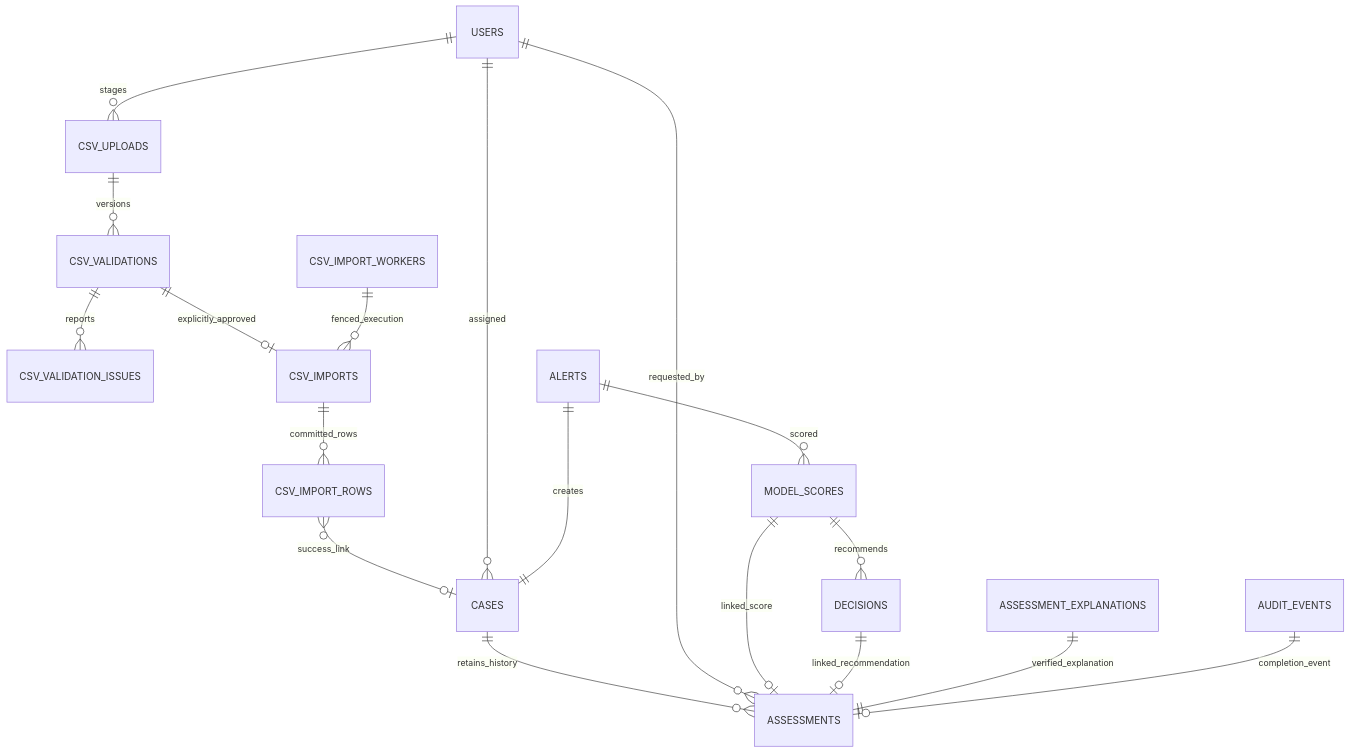
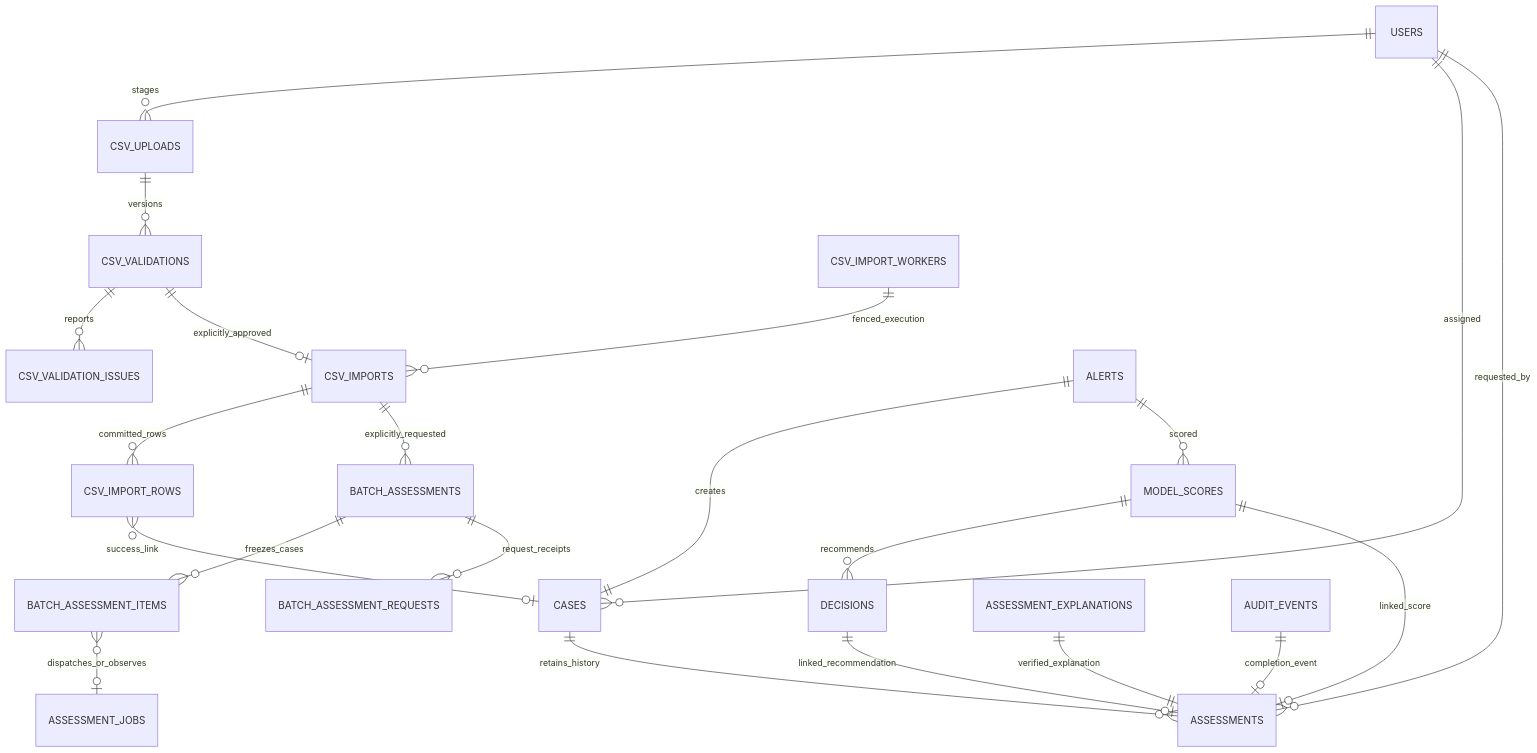
The diagram in docs/DATABASE_SCHEMA.md (HetPatel1978/TrueFlag_AI), drawn with Mermaid before and after one commit. The commit also changed other lines of this file and 31 other files, not shown here.

Commit message:
Add explicit bounded batch assessments using the existing ML pipeline

````diff
--- a/docs/DATABASE_SCHEMA.md
+++ b/docs/DATABASE_SCHEMA.md
@@ -29,20 +32,24 @@
 ```mermaid
 erDiagram
     USERS ||--o{ CSV_UPLOADS : stages
     CSV_UPLOADS ||--o{ CSV_VALIDATIONS : versions
     CSV_VALIDATIONS ||--o{ CSV_VALIDATION_ISSUES : reports
     CSV_VALIDATIONS ||--o| CSV_IMPORTS : explicitly_approved
     CSV_IMPORTS ||--o{ CSV_IMPORT_ROWS : committed_rows
     CSV_IMPORT_WORKERS ||--o{ CSV_IMPORTS : fenced_execution
     CSV_IMPORT_ROWS }o--o| CASES : success_link
+    CSV_IMPORTS ||--o{ BATCH_ASSESSMENTS : explicitly_requested
+    BATCH_ASSESSMENTS ||--o{ BATCH_ASSESSMENT_ITEMS : freezes_cases
+    BATCH_ASSESSMENTS ||--o{ BATCH_ASSESSMENT_REQUESTS : request_receipts
+    BATCH_ASSESSMENT_ITEMS }o--o| ASSESSMENT_JOBS : dispatches_or_observes
     USERS ||--o{ CASES : assigned
     ALERTS ||--|| CASES : creates
     CASES ||--o{ ASSESSMENTS : retains_history
     USERS ||--o{ ASSESSMENTS : requested_by
     ALERTS ||--o{ MODEL_SCORES : scored
     MODEL_SCORES ||--o{ DECISIONS : recommends
     MODEL_SCORES ||--o| ASSESSMENTS : linked_score
     DECISIONS ||--o| ASSESSMENTS : linked_recommendation
     ASSESSMENT_EXPLANATIONS ||--|| ASSESSMENTS : verified_explanation
     AUDIT_EVENTS ||--o| ASSESSMENTS : completion_event
 ```
````
